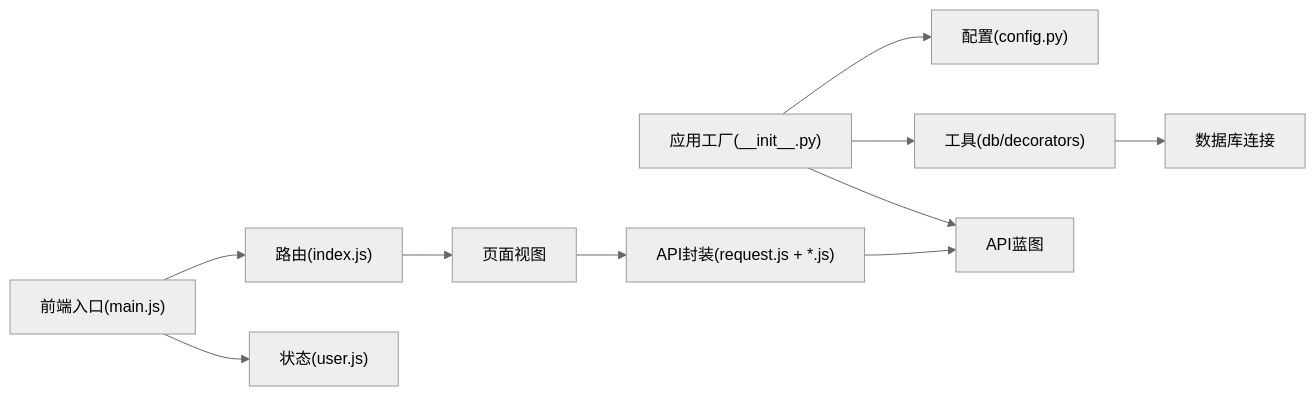
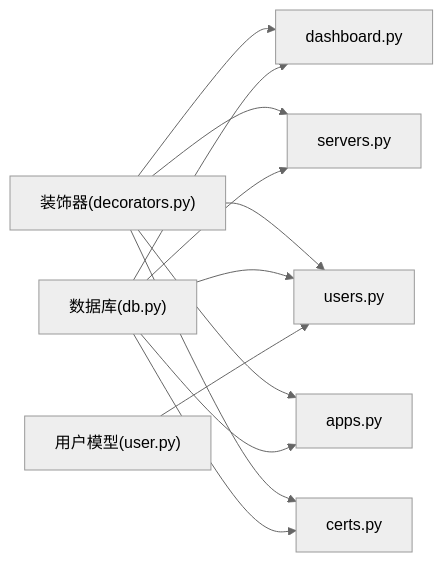
One commit to ismine3/OPS changed the eighth of 8 diagrams in .qoder/repowiki/zh/content/核心功能模块/核心功能模块.md. Above: the diagram before and after it, drawn with Mermaid (neutral theme). The commit also changed other lines of this file and 109 other files, not shown here.

````diff
--- a/.qoder/repowiki/zh/content/核心功能模块/核心功能模块.md
+++ b/.qoder/repowiki/zh/content/核心功能模块/核心功能模块.md
@@ -455,12 +426,14 @@
 ```mermaid
 graph LR
-FE_Main["前端入口(main.js)"] --> FE_Router["路由(index.js)"]
-FE_Main --> FE_Store["状态(user.js)"]
-FE_Router --> FE_Views["页面视图"]
-FE_Views --> FE_API["API封装(request.js + *.js)"]
-BE_App["应用工厂(__init__.py)"] --> BE_Config["配置(config.py)"]
-BE_App --> BE_Utils["工具(db/decorators)"]
-BE_App --> BE_Blueprints["API蓝图"]
-FE_API --> BE_Blueprints
-BE_Utils --> BE_DB["数据库连接"]
+DEC["装饰器(decorators.py)"] --> BP_Dash["dashboard.py"]
+DEC --> BP_Servers["servers.py"]
+DEC --> BP_Users["users.py"]
+DEC --> BP_Apps["apps.py"]
+DEC --> BP_Certs["certs.py"]
+DBU["数据库(db.py)"] --> BP_Dash
+DBU --> BP_Servers
+DBU --> BP_Users
+DBU --> BP_Apps
+DBU --> BP_Certs
+MODEL["用户模型(user.py)"] --> BP_Users
 ```
````
